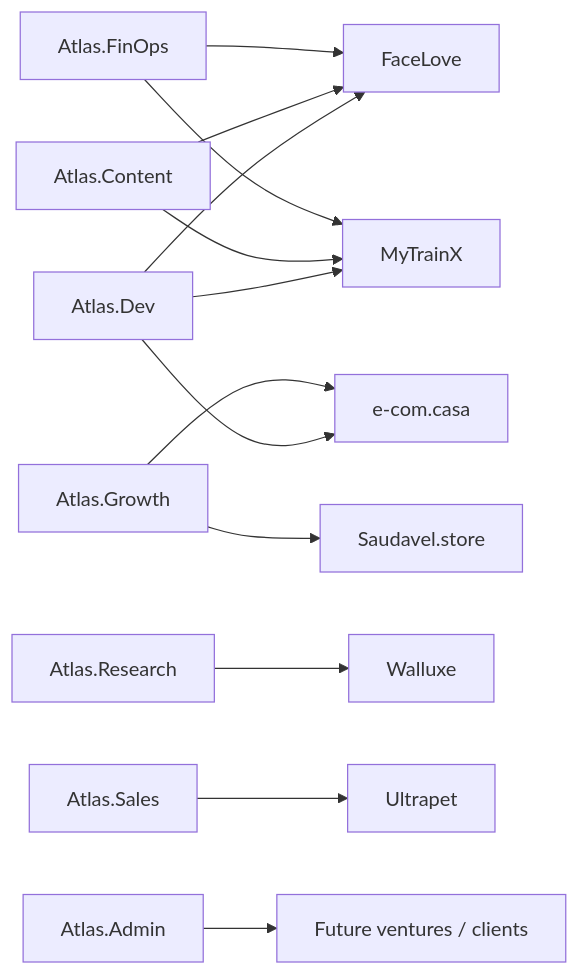
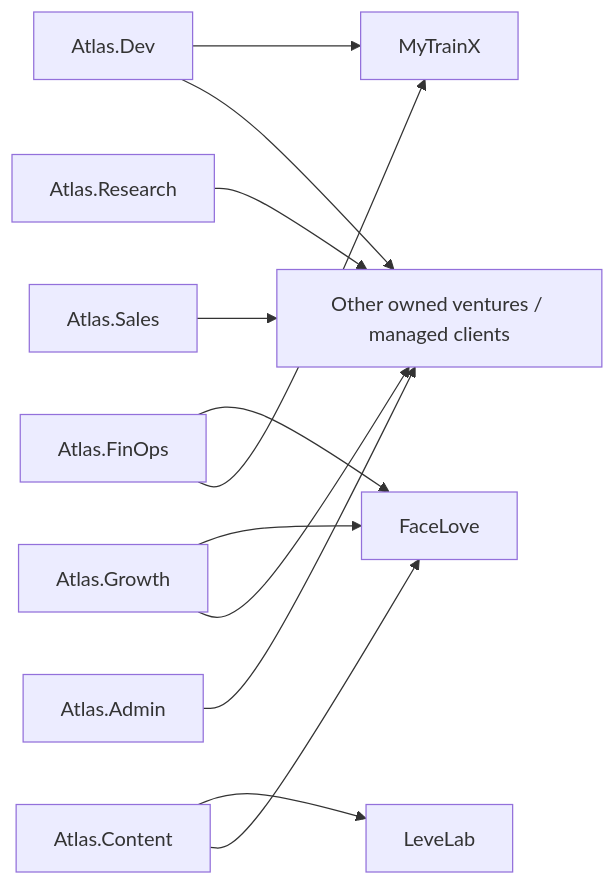
The second of 4 diagrams in docs/21-EMPRESA-AUMENTADA-OPERATING-SYSTEM.md (mgjexpert/ATLAS-GROUP-OS_BluePrint), drawn with Mermaid before and after one commit. The commit also changed other lines of this file, not shown here.

````diff
--- a/docs/21-EMPRESA-AUMENTADA-OPERATING-SYSTEM.md
+++ b/docs/21-EMPRESA-AUMENTADA-OPERATING-SYSTEM.md
@@ -156,31 +156,27 @@
 ```mermaid
 flowchart LR
     DEV["Atlas.Dev"]
     CONTENT["Atlas.Content"]
     GROWTH["Atlas.Growth"]
     RESEARCH["Atlas.Research"]
     SALES["Atlas.Sales"]
     ADMIN["Atlas.Admin"]
     FINOPS["Atlas.FinOps"]
 
     F["FaceLove"]
     M["MyTrainX"]
-    E["e-com.casa"]
-    S["Saudavel.store"]
-    W["Walluxe"]
-    U["Ultrapet"]
-    OTHER["Future ventures / clients"]
+    L["LeveLab"]
+    OTHER["Other owned ventures / managed clients"]
 
-    DEV --> F
     DEV --> M
-    DEV --> E
+    DEV --> OTHER
+    CONTENT --> L
     CONTENT --> F
-    CONTENT --> M
-    GROWTH --> S
-    GROWTH --> E
-    RESEARCH --> W
-    SALES --> U
+    GROWTH --> F
+    GROWTH --> OTHER
+    RESEARCH --> OTHER
+    SALES --> OTHER
     ADMIN --> OTHER
     FINOPS --> F
     FINOPS --> M
 ```
````
